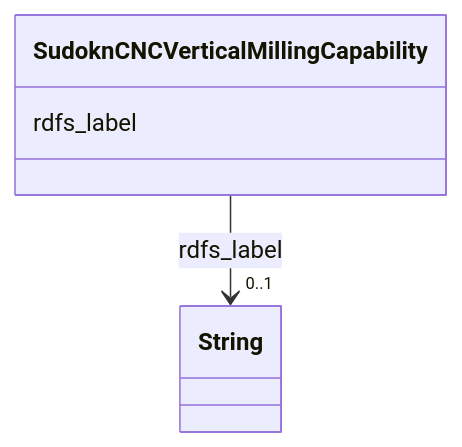
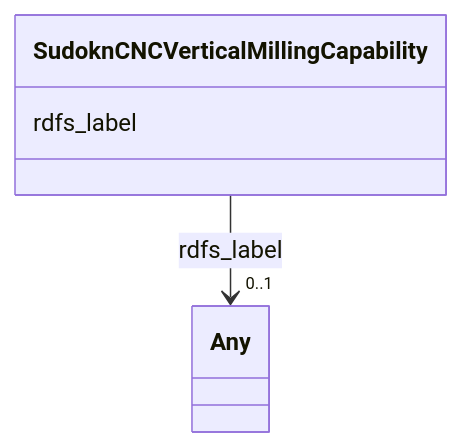
One commit to frink-okn/graph-descriptions changed the diagram in sudokn-kg/classes/SudoknCNCVerticalMillingCapability.md. Above: the diagram before and after it, drawn with Mermaid. The commit also changed other lines of this file and 903 other files, not shown here.

````diff
--- a/sudokn-kg/classes/SudoknCNCVerticalMillingCapability.md
+++ b/sudokn-kg/classes/SudoknCNCVerticalMillingCapability.md
@@ -23,15 +18,15 @@
 ```mermaid
  classDiagram
     class SudoknCNCVerticalMillingCapability
     click SudoknCNCVerticalMillingCapability href "../SudoknCNCVerticalMillingCapability"
       SudoknCNCVerticalMillingCapability : rdfs_label
         
           
     
     
-    SudoknCNCVerticalMillingCapability --> "0..1" String : rdfs_label
-    click String href "../String"
+    SudoknCNCVerticalMillingCapability --> "0..1" Any : rdfs_label
+    click Any href "../Any"
 
         
       
 ```
````
